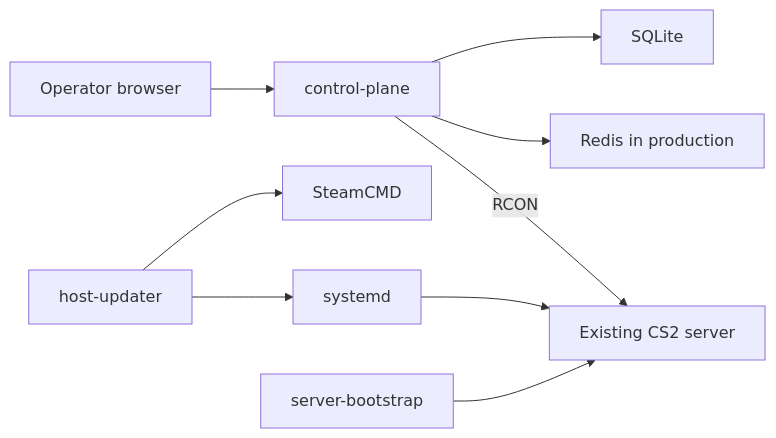
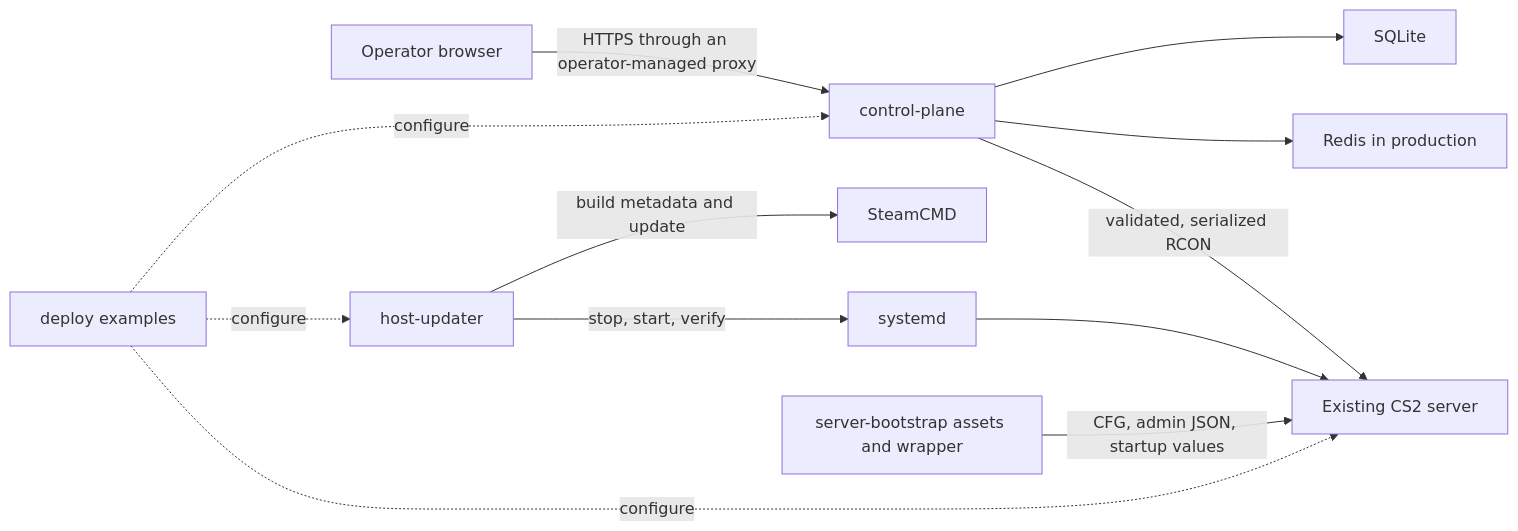
Before and after one commit to sebastianspicker/3rr-cs2: the first of 3 diagrams in docs/architecture.md, drawn with Mermaid. The commit also changed other lines of this file and 171 other files, not shown here.

````diff
--- a/docs/architecture.md
+++ b/docs/architecture.md
@@ -6,11 +10,17 @@
 ```mermaid
 flowchart LR
-    Browser[Operator browser] --> Control[control-plane]
-    Control --> SQLite[SQLite]
-    Control --> Redis[Redis in production]
-    Control -->|RCON| CS2[Existing CS2 server]
-    Updater[host-updater] --> SteamCMD[SteamCMD]
-    Updater --> Systemd[systemd]
+    Operator["Operator browser"] -->|HTTPS through an operator-managed proxy| Panel["control-plane"]
+    Panel --> SQLite["SQLite"]
+    Panel --> Redis["Redis in production"]
+    Panel -->|validated, serialized RCON| CS2["Existing CS2 server"]
+
+    Updater["host-updater"] -->|build metadata and update| SteamCMD["SteamCMD"]
+    Updater -->|stop, start, verify| Systemd["systemd"]
     Systemd --> CS2
-    Bootstrap[server-bootstrap] --> CS2
+
+    Bootstrap["server-bootstrap assets and wrapper"] -->|CFG, admin JSON, startup values| CS2
+
+    Deploy["deploy examples"] -. configure .-> Panel
+    Deploy -. configure .-> Updater
+    Deploy -. configure .-> CS2
 ```
````
